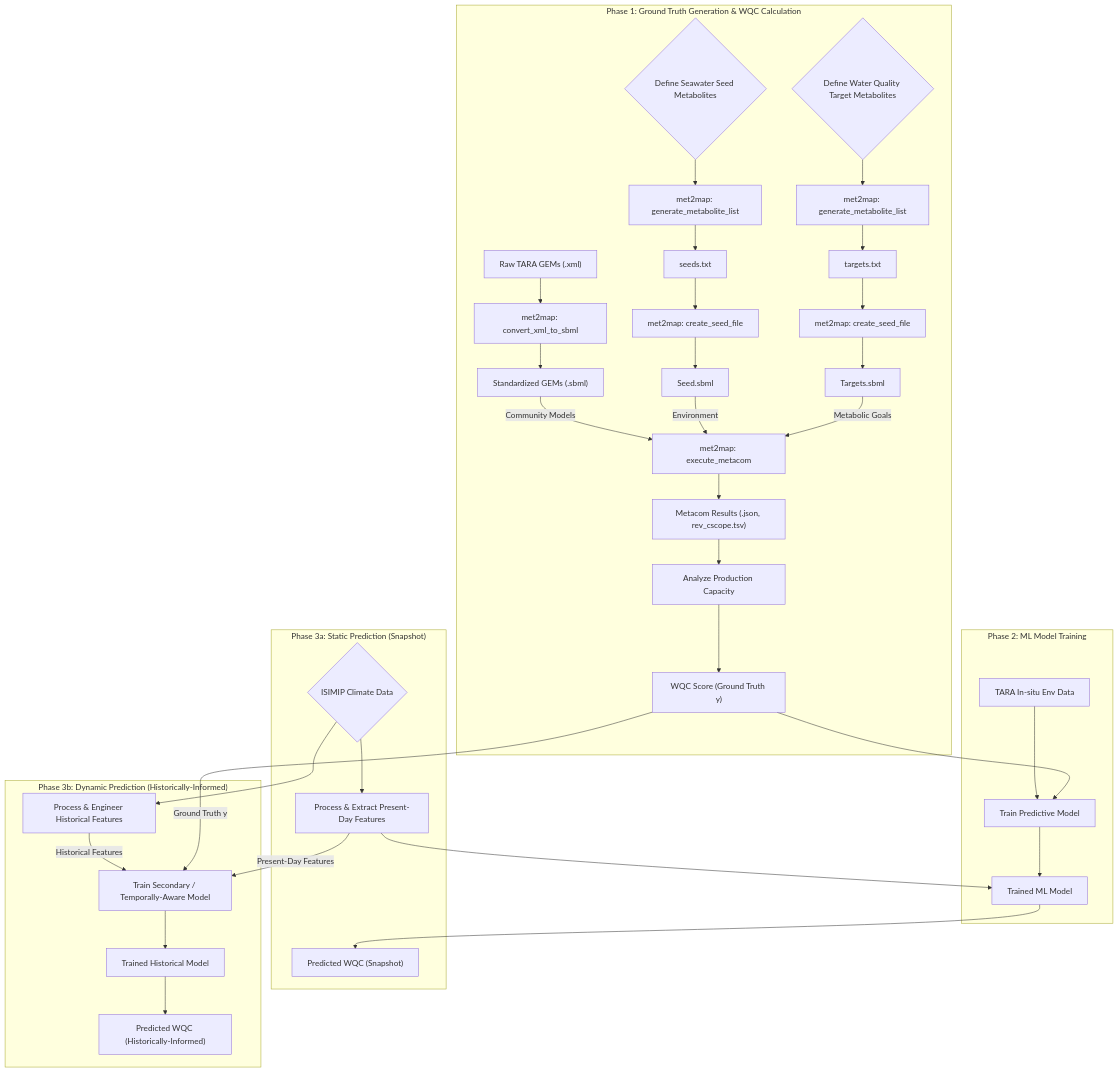
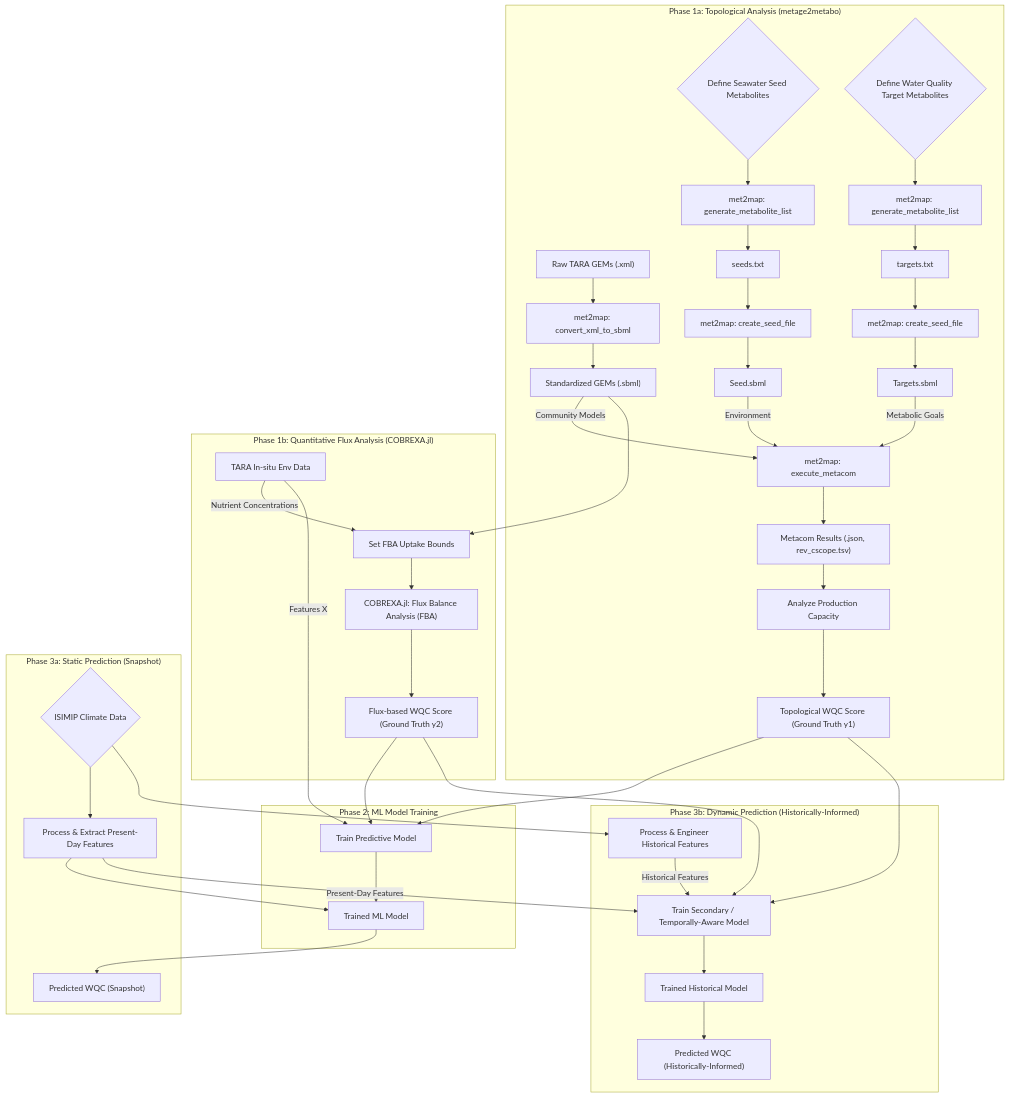
The diagram in README.md (microstijn/met2map), drawn with Mermaid before and after one commit.

````diff
--- a/README.md
+++ b/README.md
@@ -20,47 +20,67 @@
 ```mermaid
+---
+config:
+    theme: jekyll-theme-chirpy
+---
 graph TD
-    subgraph "Phase 1: Ground Truth Generation & WQC Calculation"
+    %% Phase 1a: Topological Analysis
+    subgraph "Phase 1a: Topological Analysis (metage2metabo)"
         A["Raw TARA GEMs (.xml)"] --> A1["met2map: convert_xml_to_sbml"]
         A1 --> A2["Standardized GEMs (.sbml)"]
 
         C{"Define Seawater Seed Metabolites"} --> C1["met2map: generate_metabolite_list"]
         C1 --> C2["seeds.txt"]
         C2 --> C3["met2map: create_seed_file"]
         C3 --> C4["Seed.sbml"]
 
         D{"Define Water Quality Target Metabolites"} --> D1["met2map: generate_metabolite_list"]
         D1 --> D2["targets.txt"]
         D2 --> D3["met2map: create_seed_file"]
         D3 --> D4["Targets.sbml"]
 
         A2 -- "Community Models" --> B["met2map: execute_metacom"]
         C4 -- "Environment" --> B
         D4 -- "Metabolic Goals" --> B
 
         B --> B1["Metacom Results (.json, rev_cscope.tsv)"]
         B1 --> E["Analyze Production Capacity"]
-        E --> F["WQC Score (Ground Truth y)"]
+        E --> F["Topological WQC Score (Ground Truth y1)"]
     end
 
+    %% Phase 1b: Quantitative Flux Analysis
+    subgraph "Phase 1b: Quantitative Flux Analysis (COBREXA.jl)"
+        G["TARA In-situ Env Data"] -- "Nutrient Concentrations" --> B2["Set FBA Uptake Bounds"]
+        A2 --> B2
+        B2 --> B3["COBREXA.jl: Flux Balance Analysis (FBA)"]
+        B3 --> F2["Flux-based WQC Score (Ground Truth y2)"]
+    end
+
+    %% Phase 2: ML Training
     subgraph "Phase 2: ML Model Training"
-        G["TARA In-situ Env Data"] --> H["Train Predictive Model"]
+        G -- "Features X" --> H["Train Predictive Model"]
         F --> H
+        F2 --> H
         H --> I["Trained ML Model"]
     end
 
+    %% Phase 3a: Static Prediction
     subgraph "Phase 3a: Static Prediction (Snapshot)"
         J{"ISIMIP Climate Data"} --> K["Process & Extract Present-Day Features"]
         K --> I
         I --> L["Predicted WQC (Snapshot)"]
     end
 
+    %% Phase 3b: Dynamic Prediction
     subgraph "Phase 3b: Dynamic Prediction (Historically-Informed)"
         J --> M["Process & Engineer Historical Features"]
         M -- "Historical Features" --> N["Train Secondary / Temporally-Aware Model"]
         K -- "Present-Day Features" --> N
-        F -- "Ground Truth y" --> N
+        F --> N
+        F2 --> N
         N --> O["Trained Historical Model"]
         O --> P["Predicted WQC (Historically-Informed)"]
     end
 
+
+
 ```
````
